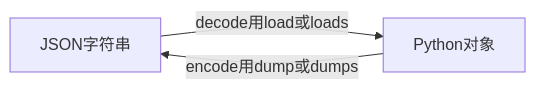
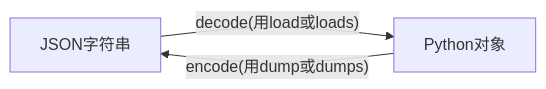
One commit to falomsc/pyqtStudy changed the diagram in 疯狂python讲义.md. Above: the diagram before and after it, drawn with Mermaid. The commit also changed other lines of this file and 3 other files, not shown here.

````diff
--- a/疯狂python讲义.md
+++ b/疯狂python讲义.md
@@ -1477,5 +1477,5 @@
    ```mermaid
    graph LR
-   	A[JSON字符串] -->|decode用load或loads| B[Python对象]
-   	B -->|encode用dump或dumps| A
+   	A[JSON字符串] -->|"decode(用load或loads)"| B[Python对象]
+   	B -->|"encode(用dump或dumps)"| A
    ```
````
